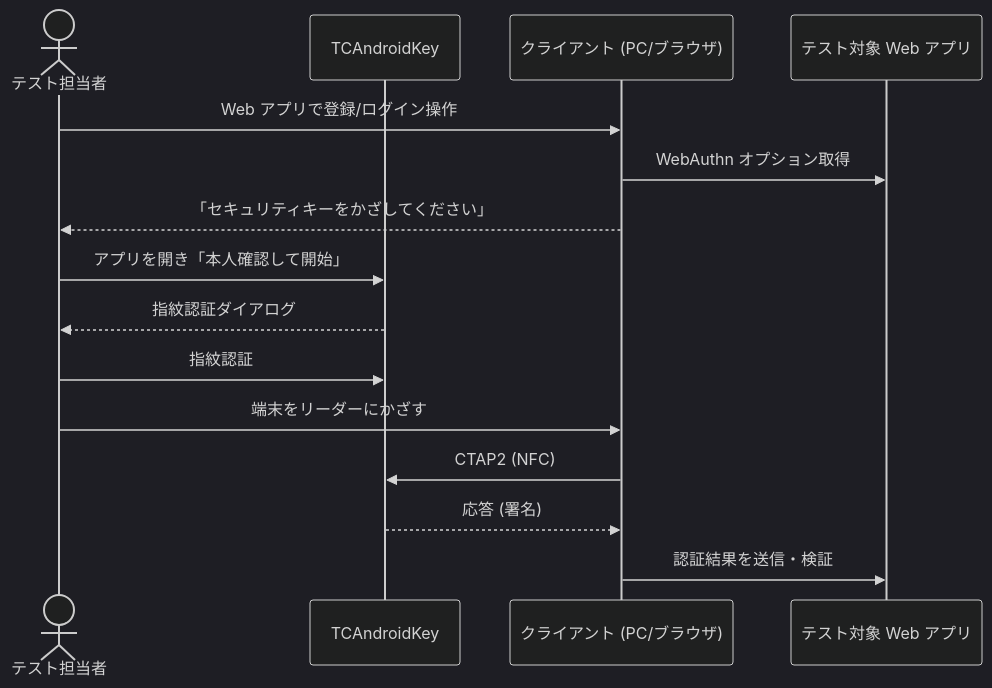
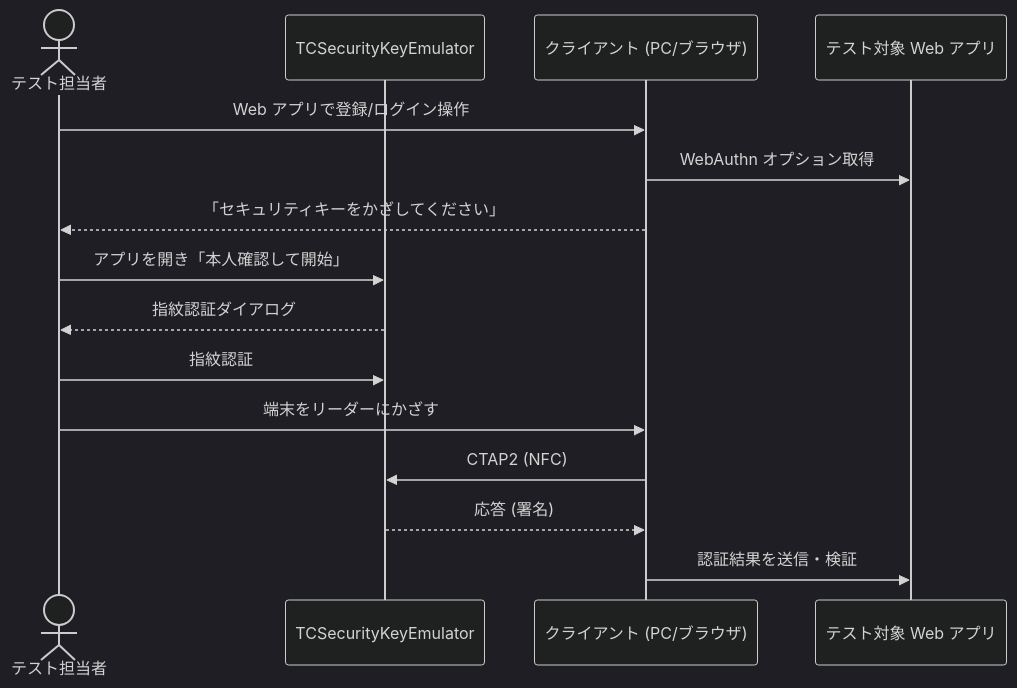
One commit to tecogonaz0439/TCAndroidKey changed the third of 3 diagrams in docs/design/basic/01_system-overview.md. Above: the diagram before and after it, drawn with Mermaid (dark theme). The commit also changed other lines of this file and 50 other files, not shown here.

First line of the commit message:
Rename the app to Security Key Emulator / TCSecurityKeyEmulator

````diff
--- a/docs/design/basic/01_system-overview.md
+++ b/docs/design/basic/01_system-overview.md
@@ -112,17 +112,17 @@
 ```mermaid
 sequenceDiagram
     actor U as テスト担当者
-    participant A as TCAndroidKey
+    participant A as TCSecurityKeyEmulator
     participant C as クライアント (PC/ブラウザ)
     participant W as テスト対象 Web アプリ
     U->>C: Web アプリで登録/ログイン操作
     C->>W: WebAuthn オプション取得
     C-->>U: 「セキュリティキーをかざしてください」
     U->>A: アプリを開き「本人確認して開始」
     A-->>U: 指紋認証ダイアログ
     U->>A: 指紋認証
     U->>C: 端末をリーダーにかざす
     C->>A: CTAP2 (NFC)
     A-->>C: 応答 (署名)
     C->>W: 認証結果を送信・検証
 ```
````
